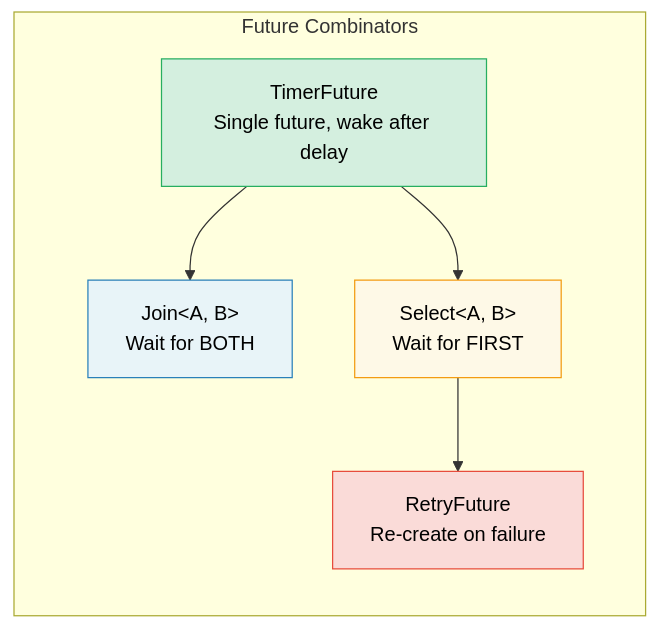
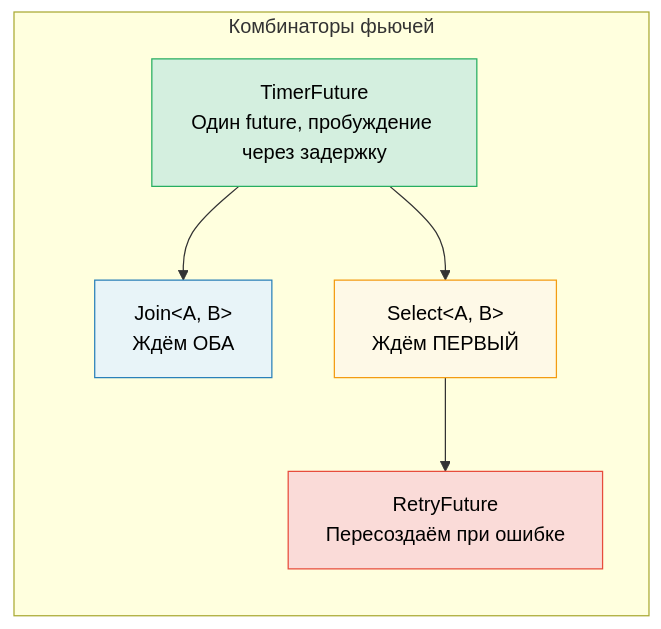
The diagram in async-book/src/ch06-building-futures-by-hand.md (r007/RustTraining-Rus), drawn with Mermaid before and after one commit. The commit also changed other lines of this file and 10 other files, not shown here.

````diff
--- a/async-book/src/ch06-building-futures-by-hand.md
+++ b/async-book/src/ch06-building-futures-by-hand.md
@@ -182,19 +182,19 @@
 ```mermaid
 graph LR
-    subgraph "Future Combinators"
+    subgraph "Комбинаторы фьючей"
         direction TB
-        TIMER["TimerFuture<br/>Single future, wake after delay"]
-        JOIN["Join&lt;A, B&gt;<br/>Wait for BOTH"]
-        SELECT["Select&lt;A, B&gt;<br/>Wait for FIRST"]
-        RETRY["RetryFuture<br/>Re-create on failure"]
+        TIMER["TimerFuture<br/>Один future, пробуждение через задержку"]
+        JOIN["Join&lt;A, B&gt;<br/>Ждём ОБА"]
+        SELECT["Select&lt;A, B&gt;<br/>Ждём ПЕРВЫЙ"]
+        RETRY["RetryFuture<br/>Пересоздаём при ошибке"]
     end
 
     TIMER --> JOIN
     TIMER --> SELECT
     SELECT --> RETRY
 
     style TIMER fill:#d4efdf,stroke:#27ae60,color:#000
     style JOIN fill:#e8f4f8,stroke:#2980b9,color:#000
     style SELECT fill:#fef9e7,stroke:#f39c12,color:#000
     style RETRY fill:#fadbd8,stroke:#e74c3c,color:#000
 ```
````
